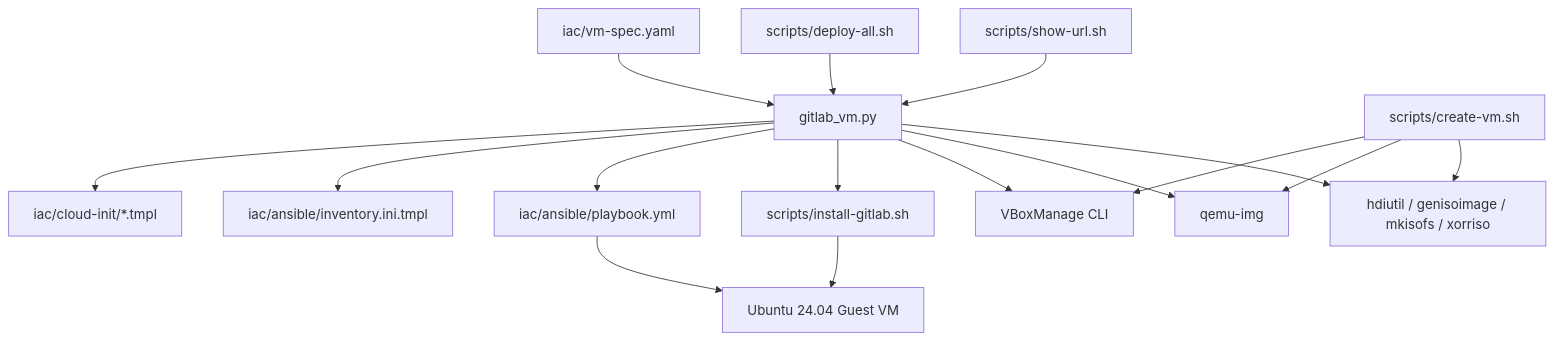
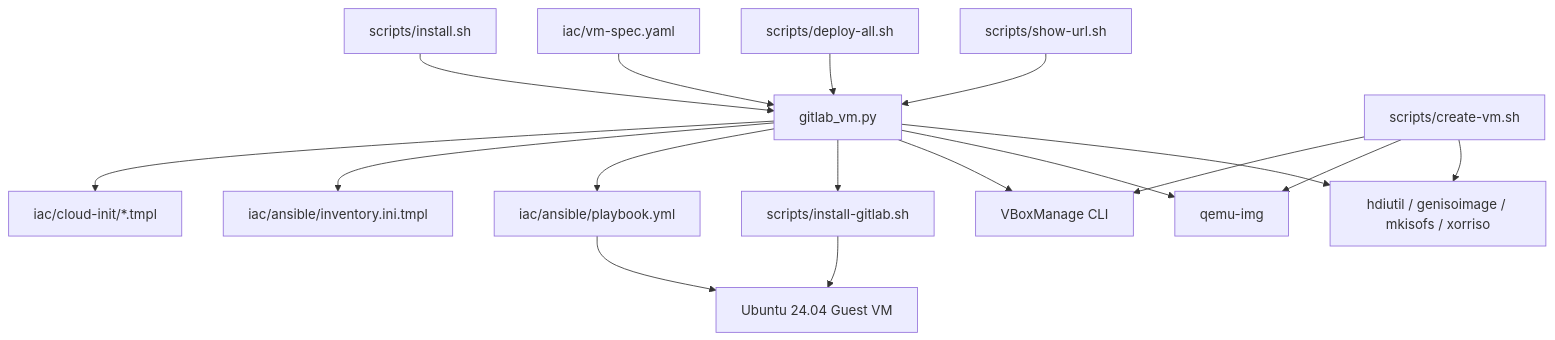
Before and after one commit to bsommers/gitlab: the third of 3 diagrams in docs/ARCHITECTURE.md, drawn with Mermaid. The commit also changed other lines of this file and 15 other files, not shown here.

````diff
--- a/docs/ARCHITECTURE.md
+++ b/docs/ARCHITECTURE.md
@@ -235,18 +254,19 @@
 ```mermaid
 graph TD
-    Spec["iac/vm-spec.yaml"] --> PyCLI["gitlab_vm.py"]
+    InstallSh["scripts/install.sh"] --> PyCLI["gitlab_vm.py"]
+    Spec["iac/vm-spec.yaml"] --> PyCLI
     DeploySh["scripts/deploy-all.sh"] --> PyCLI
     ShowUrlSh["scripts/show-url.sh"] --> PyCLI
     PyCLI --> CloudInitTmpl["iac/cloud-init/*.tmpl"]
     PyCLI --> AnsibleInvTmpl["iac/ansible/inventory.ini.tmpl"]
     PyCLI --> AnsiblePlaybook["iac/ansible/playbook.yml"]
-    PyCLI --> InstallSh["scripts/install-gitlab.sh"]
+    PyCLI --> InstallGitLabSh["scripts/install-gitlab.sh"]
     CreateVmSh["scripts/create-vm.sh"] --> VBox["VBoxManage CLI"]
     CreateVmSh --> QemuImg["qemu-img"]
     CreateVmSh --> IsoTool["hdiutil / genisoimage / mkisofs / xorriso"]
     PyCLI --> VBox
     PyCLI --> QemuImg
     PyCLI --> IsoTool
     AnsiblePlaybook --> GuestVM["Ubuntu 24.04 Guest VM"]
-    InstallSh --> GuestVM
+    InstallGitLabSh --> GuestVM
 ```
````
